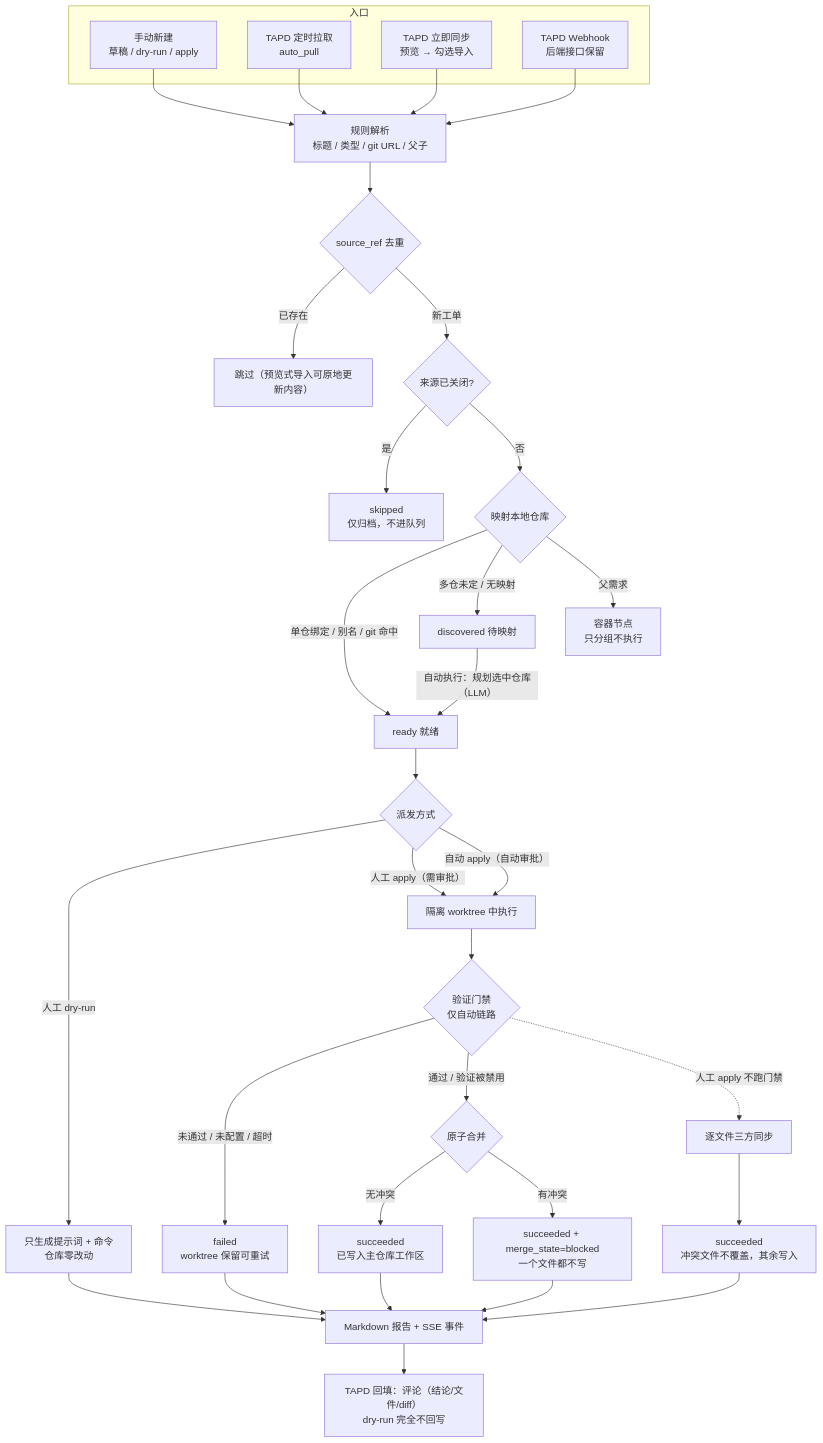
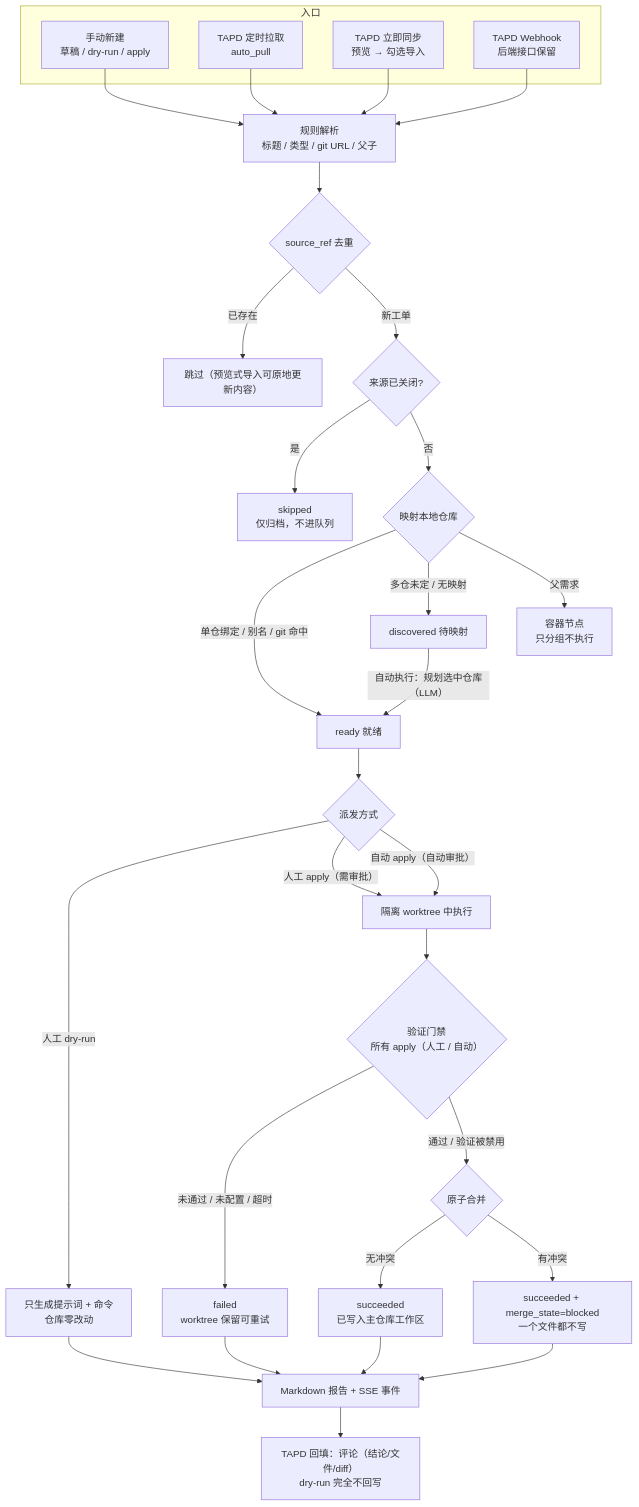
Before and after one commit to cheerly-plan/CheerlyTaskAgent: the first of 3 diagrams in docs/task-lifecycle.md, drawn with Mermaid. The commit also changed other lines of this file and 4 other files, not shown here.

````diff
--- a/docs/task-lifecycle.md
+++ b/docs/task-lifecycle.md
@@ -30,45 +30,42 @@
 ```mermaid
 flowchart TD
     subgraph entry["入口"]
       M["手动新建<br/>草稿 / dry-run / apply"]
       P["TAPD 定时拉取<br/>auto_pull"]
       S["TAPD 立即同步<br/>预览 → 勾选导入"]
       W["TAPD Webhook<br/>后端接口保留"]
     end
 
     M --> PR["规则解析<br/>标题 / 类型 / git URL / 父子"]
     P --> PR
     S --> PR
     W --> PR
 
     PR --> DD{"source_ref 去重"}
     DD -->|"已存在"| KEEP["跳过（预览式导入可原地更新内容）"]
     DD -->|"新工单"| ARCH{"来源已关闭?"}
     ARCH -->|"是"| SKIP["skipped<br/>仅归档，不进队列"]
     ARCH -->|"否"| MAP{"映射本地仓库"}
 
     MAP -->|"单仓绑定 / 别名 / git 命中"| READY["ready 就绪"]
     MAP -->|"多仓未定 / 无映射"| DISC["discovered 待映射"]
     MAP -->|"父需求"| CONT["容器节点<br/>只分组不执行"]
 
     READY --> TRIG{"派发方式"}
     DISC -->|"自动执行：规划选中仓库（LLM）"| READY
     TRIG -->|"人工 dry-run"| DRY["只生成提示词 + 命令<br/>仓库零改动"]
     TRIG -->|"人工 apply（需审批）"| WT["隔离 worktree 中执行"]
     TRIG -->|"自动 apply（自动审批）"| WT
 
-    WT --> GATE{"验证门禁<br/>仅自动链路"}
+    WT --> GATE{"验证门禁<br/>所有 apply（人工 / 自动）"}
     GATE -->|"未通过 / 未配置 / 超时"| FAIL["failed<br/>worktree 保留可重试"]
     GATE -->|"通过 / 验证被禁用"| MERGE{"原子合并"}
-    GATE -.->|"人工 apply 不跑门禁"| SYNC["逐文件三方同步"]
     MERGE -->|"无冲突"| DONE["succeeded<br/>已写入主仓库工作区"]
     MERGE -->|"有冲突"| BLOCK["succeeded + merge_state=blocked<br/>一个文件都不写"]
-    SYNC --> PART["succeeded<br/>冲突文件不覆盖，其余写入"]
-
+    
     DRY --> RPT["Markdown 报告 + SSE 事件"]
     DONE --> RPT
     FAIL --> RPT
     BLOCK --> RPT
-    PART --> RPT
     RPT --> BF["TAPD 回填：评论（结论/文件/diff）<br/>dry-run 完全不回写"]
 ```
````
